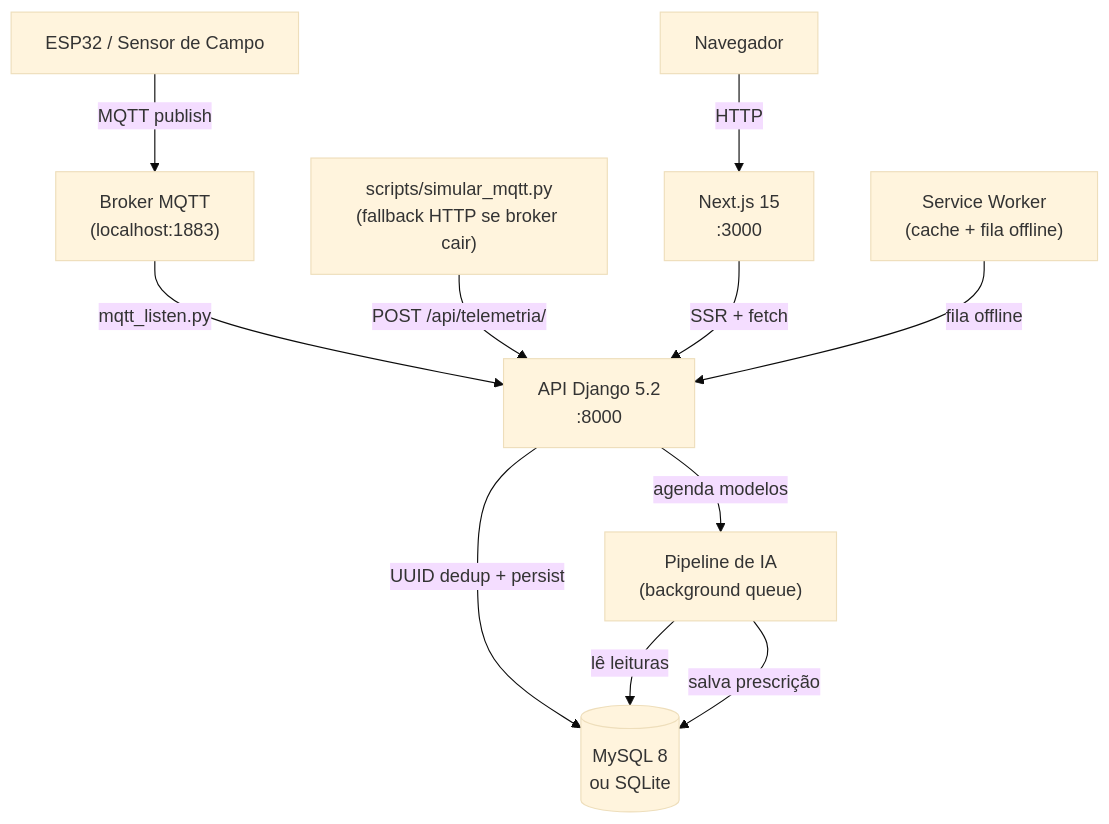
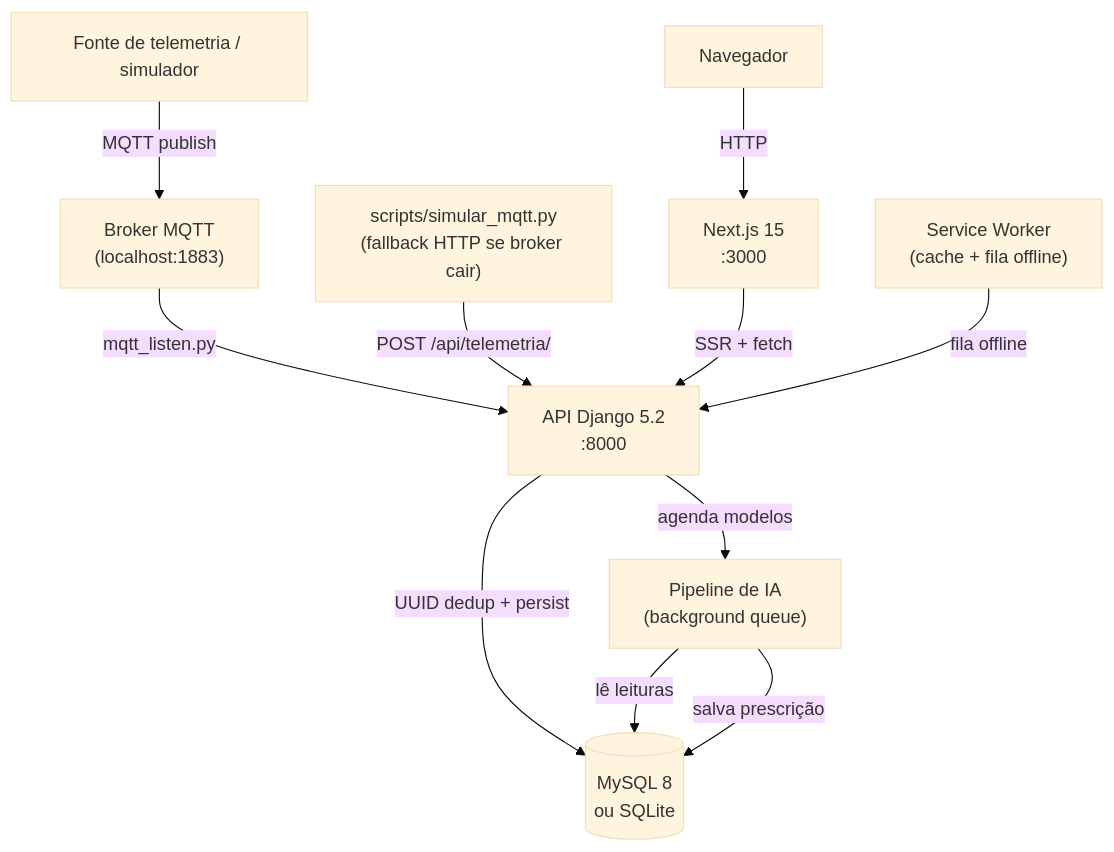
Before and after one commit to Desmantelar-bit/fieldnode: the first of 3 diagrams in README.md, drawn with Mermaid (base theme). The commit also changed other lines of this file and 11 other files, not shown here.

````diff
--- a/README.md
+++ b/README.md
@@ -12,23 +12,23 @@
 ```mermaid
 graph TD
-    ESP32["ESP32 / Sensor de Campo"]
+    SOURCE["Fonte de telemetria / simulador"]
     MQTT["Broker MQTT\n(localhost:1883)"]
     SIM["scripts/simular_mqtt.py\n(fallback HTTP se broker cair)"]
     API["API Django 5.2\n:8000"]
     DB[("MySQL 8\nou SQLite")]
     IA["Pipeline de IA\n(background queue)"]
     NEXT["Next.js 15\n:3000"]
     SW["Service Worker\n(cache + fila offline)"]
     USER["Navegador"]
 
-    ESP32 -->|"MQTT publish"| MQTT
+    SOURCE -->|"MQTT publish"| MQTT
     MQTT -->|"mqtt_listen.py"| API
     SIM -->|"POST /api/telemetria/"| API
     API -->|"UUID dedup + persist"| DB
     API -->|"agenda modelos"| IA
     IA -->|"lê leituras"| DB
     IA -->|"salva prescrição"| DB
     NEXT -->|"SSR + fetch"| API
     USER -->|"HTTP"| NEXT
     SW -->|"fila offline"| API
 ```
````
